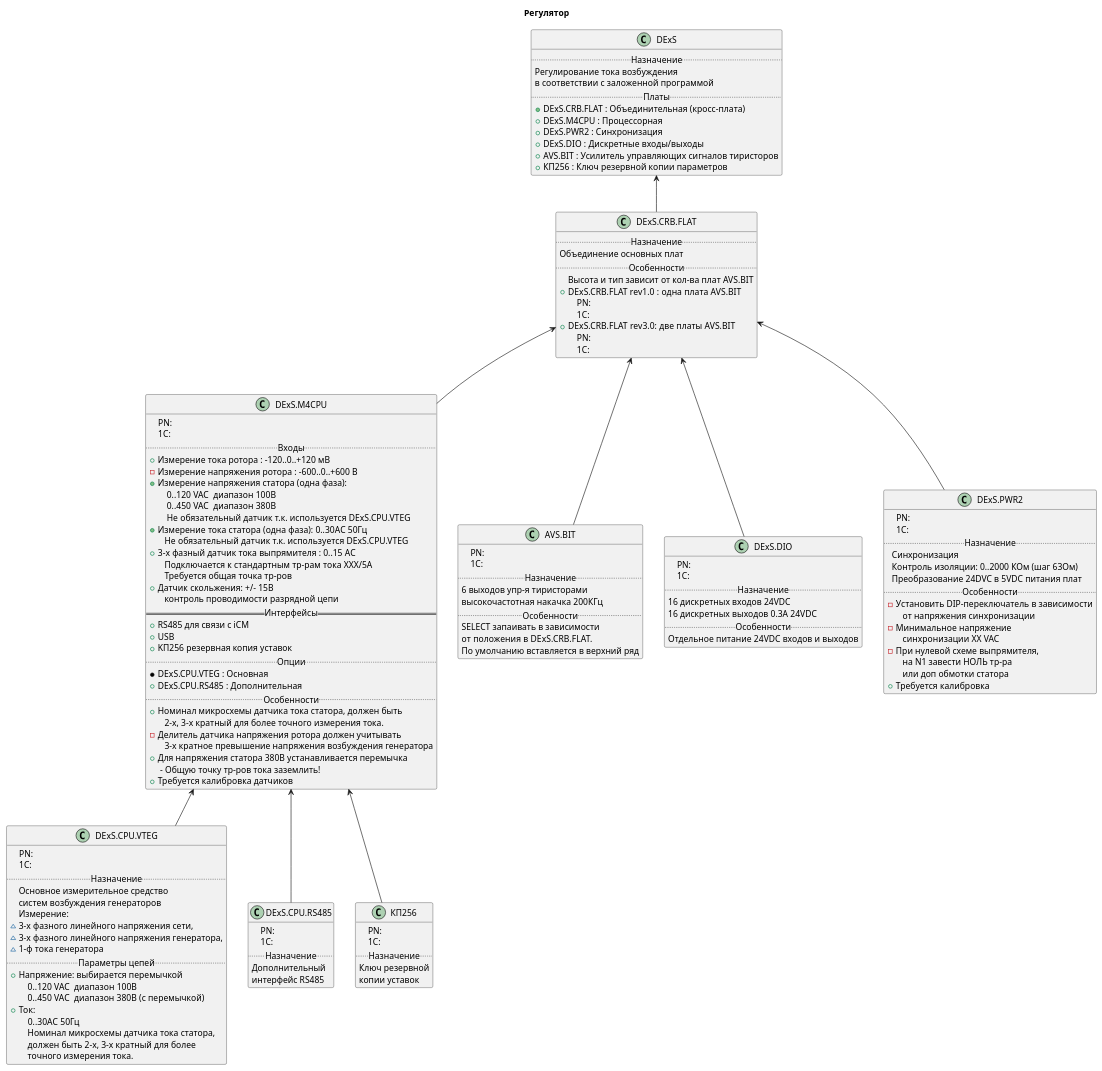
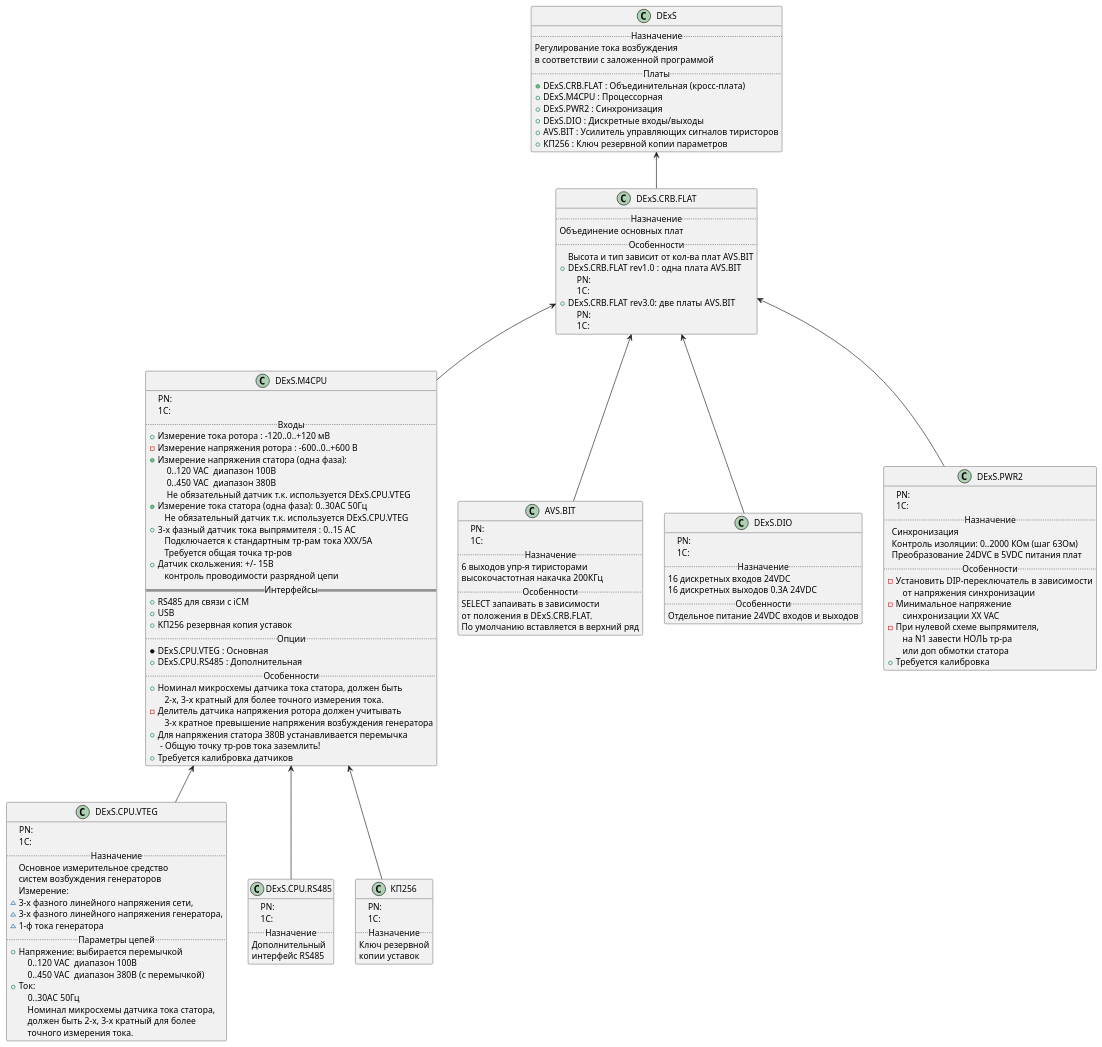
One commit to GerasimGerasimov/UML_brics changed the diagram in DExS_GEN.puml. Above: the diagram before and after it, drawn with PlantUML.

```diff
--- a/DExS_GEN.puml
+++ b/DExS_GEN.puml
@@ -1,152 +1,150 @@
 @startuml
 skinparam maxMessageSize 100
 skinparam packageStyle rectangle
-title Регулятор
 set namespaceSeparator none
 class DExS {
 .. Назначение ..
 Регулирование тока возбуждения
 в соответствии с заложенной программой
 .. Платы ..
 + DExS.CRB.FLAT : Объединительная (кросс-плата)
 + DExS.M4CPU : Процессорная
 + DExS.PWR2 : Синхронизация
 + DExS.DIO : Дискретные входы/выходы
 + AVS.BIT : Усилитель управляющих сигналов тиристоров
 + КП256 : Ключ резервной копии параметров
 } 
 
 class DExS.CRB.FLAT{
 .. Назначение ..
 Объединение основных плат
 .. Особенности ..
 Высота и тип зависит от кол-ва плат AVS.BIT
 +DExS.CRB.FLAT rev1.0 : одна плата AVS.BIT
     PN:
     1С:
 +DExS.CRB.FLAT rev3.0: две платы AVS.BIT
     PN:
     1С:
 }
 
 class DExS.M4CPU{
     PN:
     1С:
 .. Входы ..
 + Измерение тока ротора : -120..0..+120 мВ 
 - Измерение напряжения ротора : -600..0..+600 В 
 + Измерение напряжения статора (одна фаза): 
     0..120 VAC  диапазон 100В
     0..450 VAC  диапазон 380В
     Не обязательный датчик т.к. используется DExS.CPU.VTEG
 + Измерение тока статора (одна фаза): 0..30АС 50Гц
    Не обязательный датчик т.к. используется DExS.CPU.VTEG
 + 3-х фазный датчик тока выпрямителя : 0..15 АС
    Подключается к стандартным тр-рам тока ХХХ/5А
    Требуется общая точка тр-ров
 + Датчик скольжения: +/- 15В
    контроль проводимости разрядной цепи
 == Интерфейсы ==
 + RS485 для связи с iCM
 + USB
 + KП256 резервная копия уставок
 .. Опции ..
 * DExS.CPU.VTEG : Основная
 +DExS.CPU.RS485 : Дополнительная
 .. Особенности ..
 + Номинал микросхемы датчика тока статора, должен быть
    2-х, 3-х кратный для более точного измерения тока.
 - Делитель датчика напряжения ротора должен учитывать
    3-х кратное превышение напряжения возбуждения генератора
 + Для напряжения статора 380В устанавливается перемычка
  - Общую точку тр-ров тока заземлить!
 + Требуется калибровка датчиков
 } 
 
 class AVS.BIT {
     PN:
     1С:
 .. Назначение ..
 6 выходов упр-я тиристорами 
 высокочастотная накачка 200КГц
 .. Особенности ..
 SELECT запаивать в зависимости
 от положения в DExS.CRB.FLAT.
 По умолчанию вставляется в верхний ряд
 } 
 
 class DExS.DIO {
     PN:
     1С:
 .. Назначение ..
 16 дискретных входов 24VDC 
 16 дискретных выходов 0.3А 24VDC
 .. Особенности ..
 Отдельное питание 24VDC входов и выходов
 } 
 
 class DExS.PWR2{
     PN:
     1С:
 .. Назначение ..
   Синхронизация
   Контроль изоляции: 0..2000 КОм (шаг 63Ом)
   Преобразование 24DVC в 5VDC питания плат
 .. Особенности ..
 - Установить DIP-переключатель в зависимости
    от напряжения синхронизации
 - Минимальное напряжение
    синхронизации ХХ VAC
 - При нулевой схеме выпрямителя,
    на N1 завести НОЛЬ тр-ра
    или доп обмотки статора
 + Требуется калибровка
 } 
 
 class DExS.CPU.VTEG {
     PN:
     1С:
 .. Назначение ..
 Основное измерительное средство
 систем возбуждения генераторов
 Измерение:
 ~3-х фазного линейного напряжения сети,
 ~3-х фазного линейного напряжения генератора,
 ~1-ф тока генератора
 .. Параметры цепей ..
 + Напряжение: выбирается перемычкой
     0..120 VAC  диапазон 100В
     0..450 VAC  диапазон 380В (с перемычкой)
 + Ток:
     0..30АС 50Гц
     Номинал микросхемы датчика тока статора,
     должен быть 2-х, 3-х кратный для более
     точного измерения тока.
 } 
 
 class DExS.CPU.RS485 {
     PN:
     1С:
 .. Назначение ..
 Дополнительный
 интерфейс RS485
 }
 
 class КП256 {
     PN:
     1С:
 .. Назначение ..
 Ключ резервной
 копии уставок
 }
 
 DExS <-- DExS.CRB.FLAT
 DExS.CRB.FLAT <-- DExS.PWR2
 DExS.CRB.FLAT <-- DExS.M4CPU
 DExS.CRB.FLAT <-- DExS.DIO
 DExS.CRB.FLAT <-- AVS.BIT
 DExS.M4CPU <-- DExS.CPU.RS485
 DExS.M4CPU <-- DExS.CPU.VTEG
 DExS.M4CPU <-- КП256
-
 @enduml
```
